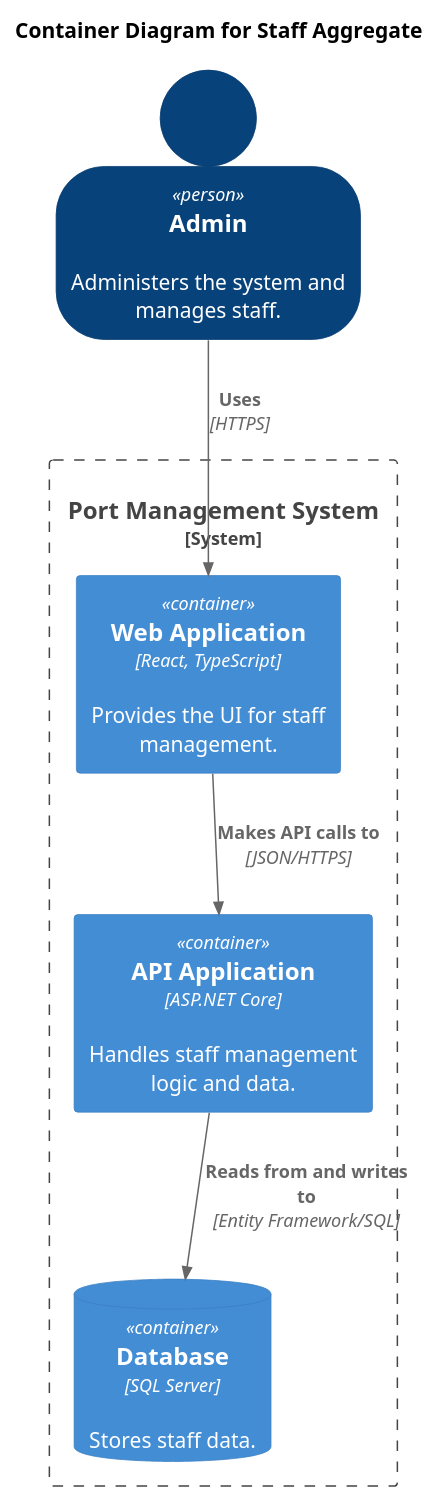
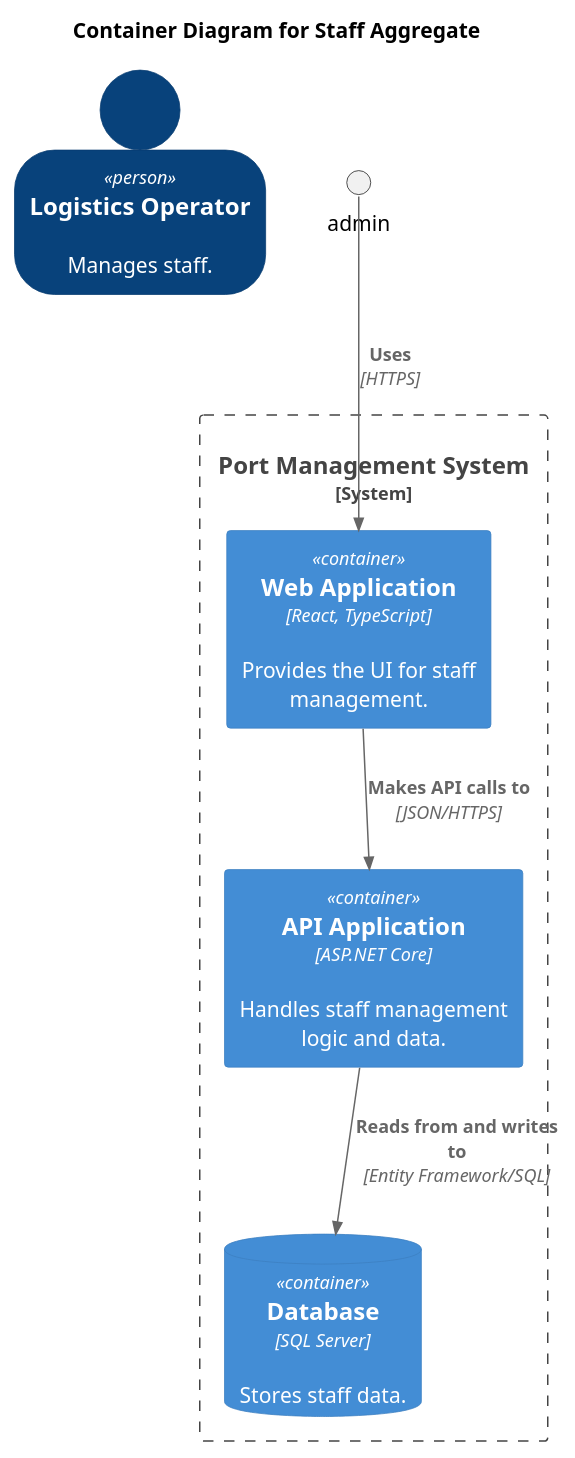
The diagram in docs/C4Diagrams/Aggregates/Staff/2_Container.puml (igor-coutinho22/Port_Management_System), drawn with PlantUML before and after one commit. The commit also changed 10 other files, not shown here.

Commit message:
fixes in C4 diagrams names

```diff
--- a/docs/C4Diagrams/Aggregates/Staff/2_Container.puml
+++ b/docs/C4Diagrams/Aggregates/Staff/2_Container.puml
@@ -1,20 +1,20 @@
 @startuml
 !include https://raw.githubusercontent.com/plantuml-stdlib/C4-PlantUML/master/C4_Container.puml
 
 SHOW_PERSON_OUTLINE()
 
 title Container Diagram for Staff Aggregate
 
-Person(admin, "Admin", "Administers the system and manages staff.")
+Person(operator, "Logistics Operator", "Manages staff.")
 
 System_Boundary(c1, "Port Management System") {
     Container(webApp, "Web Application", "React, TypeScript", "Provides the UI for staff management.")
     Container(api, "API Application", "ASP.NET Core", "Handles staff management logic and data.")
     ContainerDb(database, "Database", "SQL Server", "Stores staff data.")
 }
 
 Rel(admin, webApp, "Uses", "HTTPS")
 Rel(webApp, api, "Makes API calls to", "JSON/HTTPS")
 Rel(api, database, "Reads from and writes to", "Entity Framework/SQL")
 
 @enduml
```
